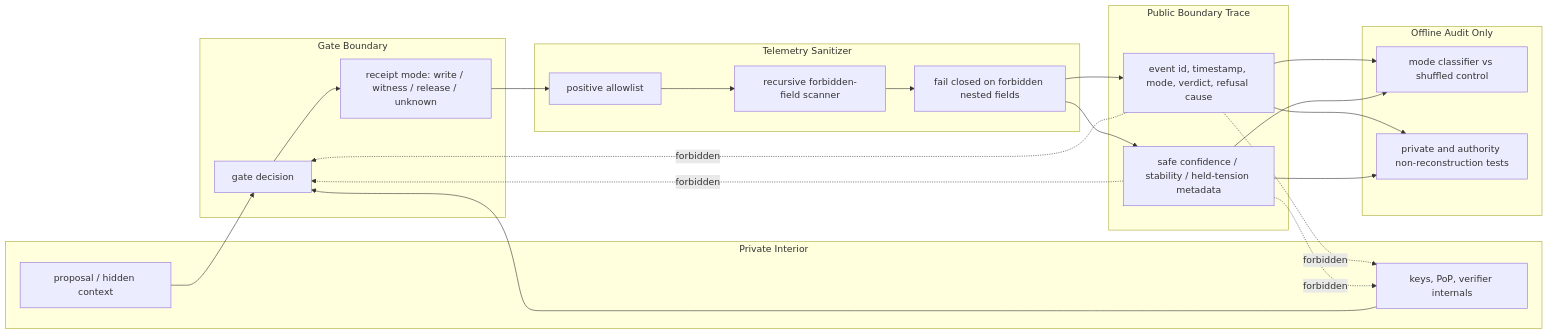
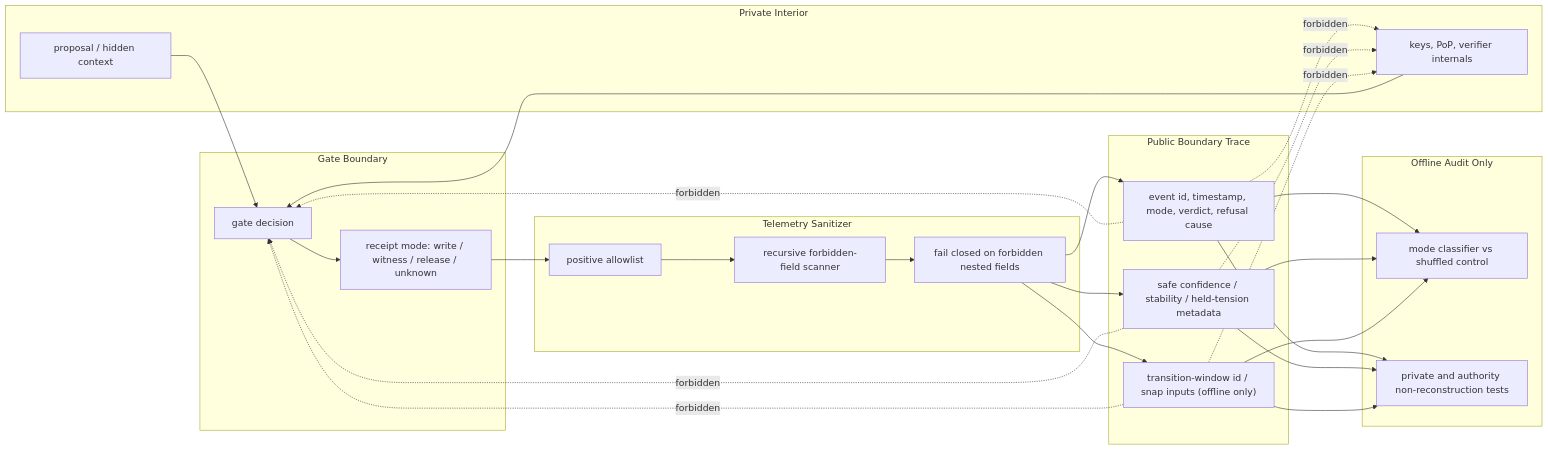
The diagram in experiments/HRT_002_BOUNDARY_TRACE_FLOW.md (aumara-xyz/golden-horizon-principle), drawn with Mermaid before and after one commit. The commit also changed other lines of this file and 18 other files, not shown here.

````diff
--- a/experiments/HRT_002_BOUNDARY_TRACE_FLOW.md
+++ b/experiments/HRT_002_BOUNDARY_TRACE_FLOW.md
@@ -9,46 +9,52 @@
 ```mermaid
 flowchart LR
   subgraph PrivateInterior["Private Interior"]
     P["proposal / hidden context"]
     K["keys, PoP, verifier internals"]
   end
 
   subgraph GateBoundary["Gate Boundary"]
     G["gate decision"]
     M["receipt mode: write / witness / release / unknown"]
   end
 
   subgraph Sanitizer["Telemetry Sanitizer"]
     A["positive allowlist"]
     S["recursive forbidden-field scanner"]
     F["fail closed on forbidden nested fields"]
   end
 
   subgraph PublicTrace["Public Boundary Trace"]
     T["event id, timestamp, mode, verdict, refusal cause"]
     W["safe confidence / stability / held-tension metadata"]
+    X["transition-window id / snap inputs (offline only)"]
   end
 
   subgraph OfflineAudit["Offline Audit Only"]
     C["mode classifier vs shuffled control"]
     N["private and authority non-reconstruction tests"]
   end
 
   P --> G
   K --> G
   G --> M
   M --> A
   A --> S
   S --> F
   F --> T
   F --> W
+  F --> X
   T --> C
   W --> C
+  X --> C
   T --> N
   W --> N
+  X --> N
 
   T -. forbidden .-> G
   W -. forbidden .-> G
+  X -. forbidden .-> G
   T -. forbidden .-> K
   W -. forbidden .-> K
+  X -. forbidden .-> K
 ```
````
